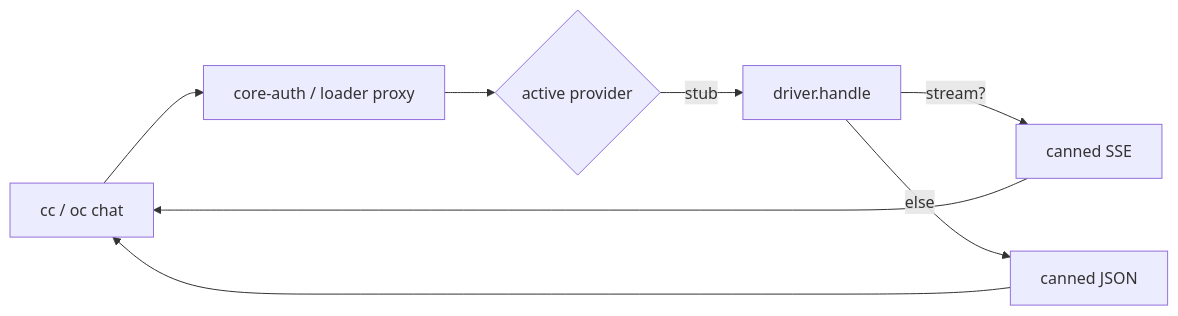
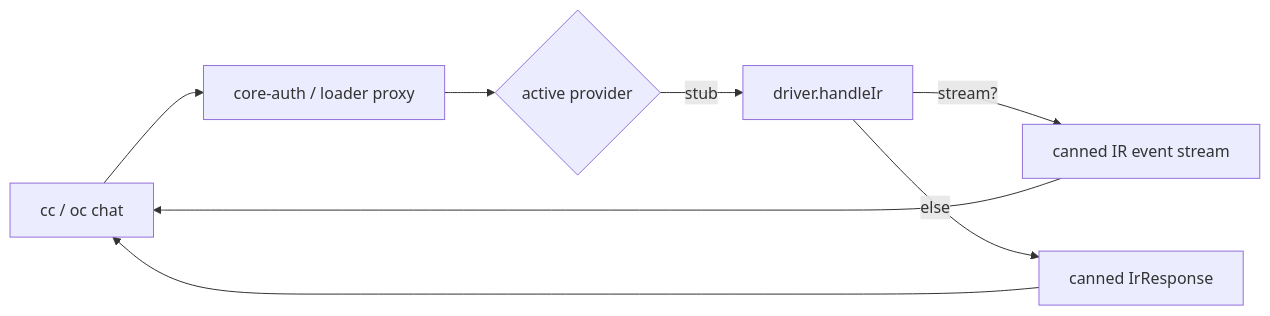
The diagram in README.md (intisy-ai/stub-auth), drawn with Mermaid before and after one commit. The commit also changed other lines of this file and 8 other files, not shown here.

First line of the commit message:
T4: make stub-auth IR-native only (delete legacy app-wire handle wrapper)

````diff
--- a/README.md
+++ b/README.md
@@ -15,10 +15,10 @@
 ```mermaid
 flowchart LR
   A[cc / oc chat] --> B[core-auth / loader proxy]
   B --> C{active provider}
-  C -->|stub| D[driver.handle]
-  D -->|stream?| E[canned SSE]
-  D -->|else| F[canned JSON]
+  C -->|stub| D[driver.handleIr]
+  D -->|stream?| E[canned IR event stream]
+  D -->|else| F[canned IrResponse]
   E --> A
   F --> A
 ```
````
